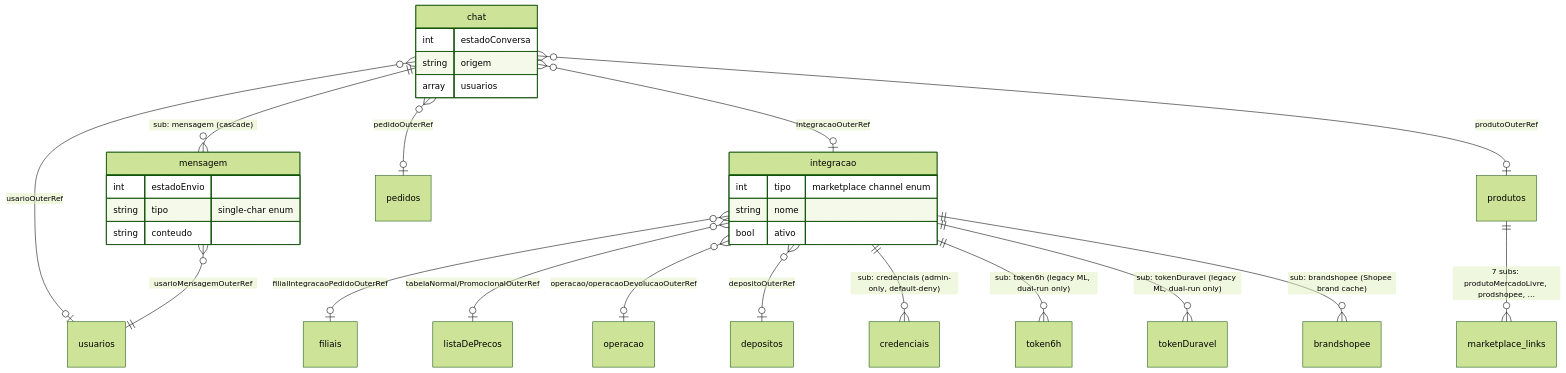
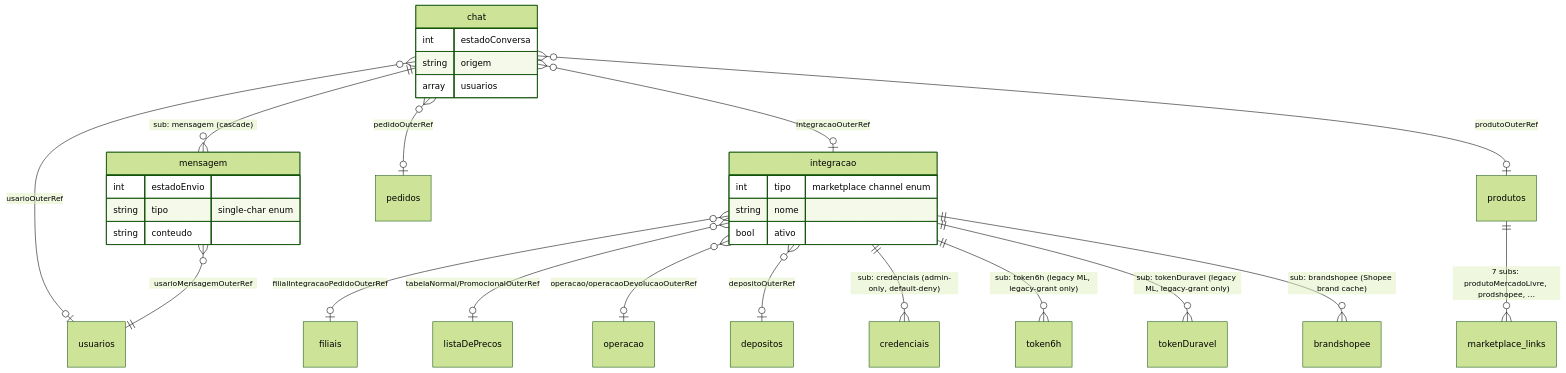
One commit to Hinten/next_erp changed the eighth of 8 diagrams in apps/docs/src/content/docs/architecture/database-schema.md. Above: the diagram before and after it, drawn with Mermaid (forest theme). The commit also changed other lines of this file and 135 other files, not shown here.

````diff
--- a/apps/docs/src/content/docs/architecture/database-schema.md
+++ b/apps/docs/src/content/docs/architecture/database-schema.md
@@ -439,36 +443,36 @@
 ```mermaid
 erDiagram
   chat ||--o{ mensagem : "sub: mensagem (cascade)"
   chat }o--o| usuarios : "usarioOuterRef"
   chat }o--o| integracao : "integracaoOuterRef"
   chat }o--o| pedidos : "pedidoOuterRef"
   chat }o--o| produtos : "produtoOuterRef"
   mensagem }o--|| usuarios : "usarioMensagemOuterRef"
 
   integracao }o--o| filiais : "filialIntegracaoPedidoOuterRef"
   integracao }o--o| listaDePrecos : "tabelaNormal/PromocionalOuterRef"
   integracao }o--o| operacao : "operacao/operacaoDevolucaoOuterRef"
   integracao }o--o| depositos : "depositoOuterRef"
   integracao ||--o{ credenciais : "sub: credenciais (admin-only, default-deny)"
-  integracao ||--o{ token6h : "sub: token6h (legacy ML, dual-run only)"
-  integracao ||--o{ tokenDuravel : "sub: tokenDuravel (legacy ML, dual-run only)"
+  integracao ||--o{ token6h : "sub: token6h (legacy ML, legacy-grant only)"
+  integracao ||--o{ tokenDuravel : "sub: tokenDuravel (legacy ML, legacy-grant only)"
   integracao ||--o{ brandshopee : "sub: brandshopee (Shopee brand cache)"
 
   produtos ||--o{ marketplace_links : "7 subs: produtoMercadoLivre, prodshopee, …"
 
   chat {
     int estadoConversa
     string origem
     array usuarios
   }
   mensagem {
     int estadoEnvio
     string tipo "single-char enum"
     string conteudo
   }
   integracao {
     int tipo "marketplace channel enum"
     string nome
     bool ativo
   }
 ```
````
